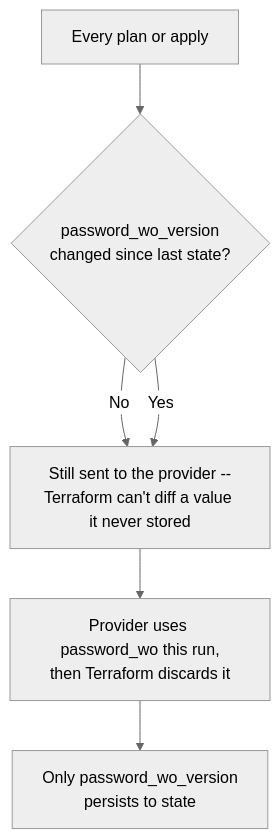
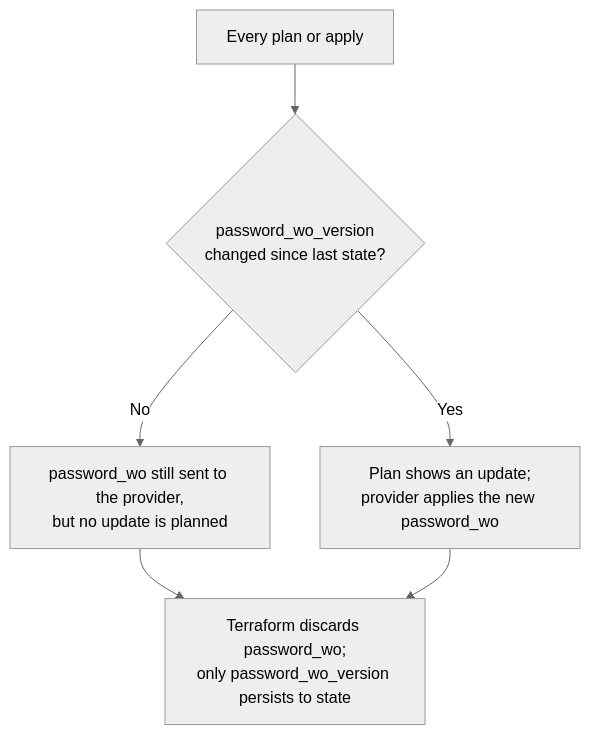
Before and after one commit to abdelhousni/til: the diagram in terraform/what-terraform-opentofu-and-packer-promise-about-secrets.md, drawn with Mermaid (neutral theme). The commit also changed other lines of this file, not shown here.

First line of the commit message:
Fix secrets TIL: Ansible Vault is real encryption, write-only update flow

````diff
--- a/terraform/what-terraform-opentofu-and-packer-promise-about-secrets.md
+++ b/terraform/what-terraform-opentofu-and-packer-promise-about-secrets.md
@@ -51,8 +51,8 @@
 ```mermaid
 flowchart TD
     RUN["Every plan or apply"] --> CHECK{"password_wo_version<br/>changed since last state?"}
-    CHECK -->|No| SEND["Still sent to the provider --<br/>Terraform can't diff a value it never stored"]
-    CHECK -->|Yes| SEND
-    SEND --> USE["Provider uses password_wo this run,<br/>then Terraform discards it"]
-    USE --> STATE["Only password_wo_version<br/>persists to state"]
+    CHECK -->|No| NOOP["password_wo still sent to the provider,<br/>but no update is planned"]
+    CHECK -->|Yes| UPDATE["Plan shows an update;<br/>provider applies the new password_wo"]
+    NOOP --> STATE["Terraform discards password_wo;<br/>only password_wo_version persists to state"]
+    UPDATE --> STATE
 ```
````
